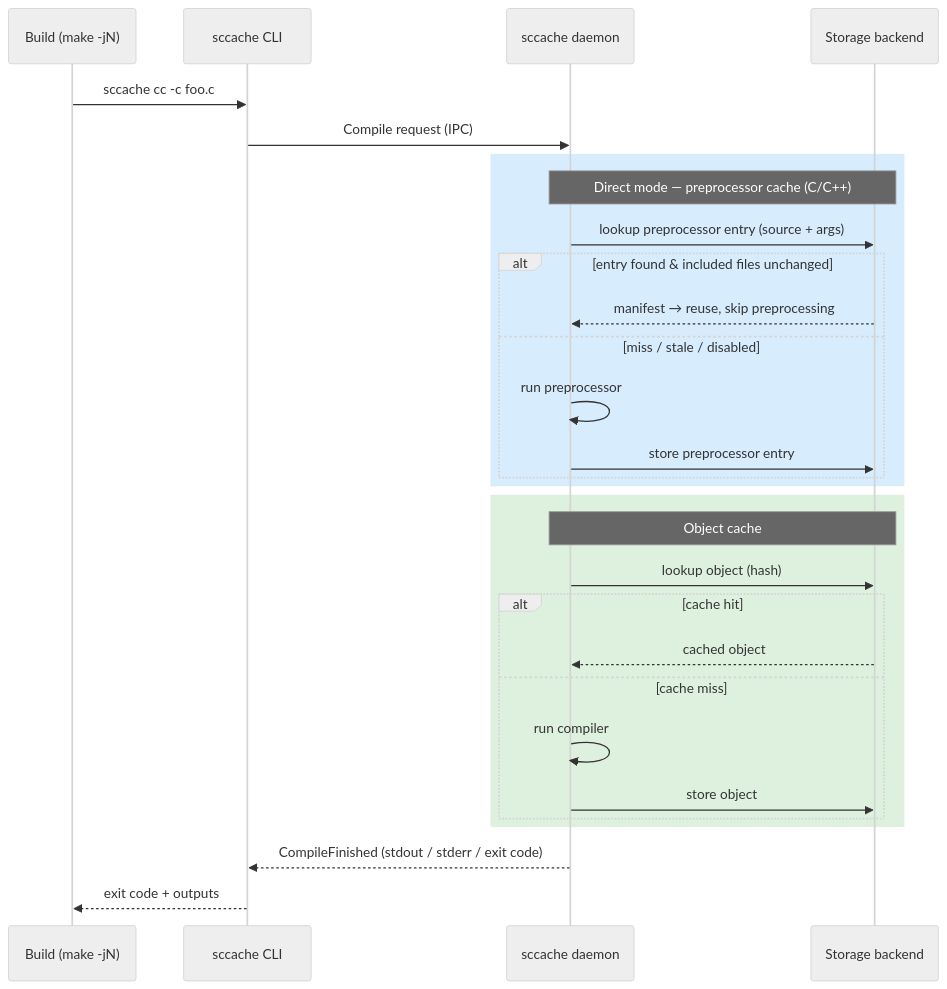
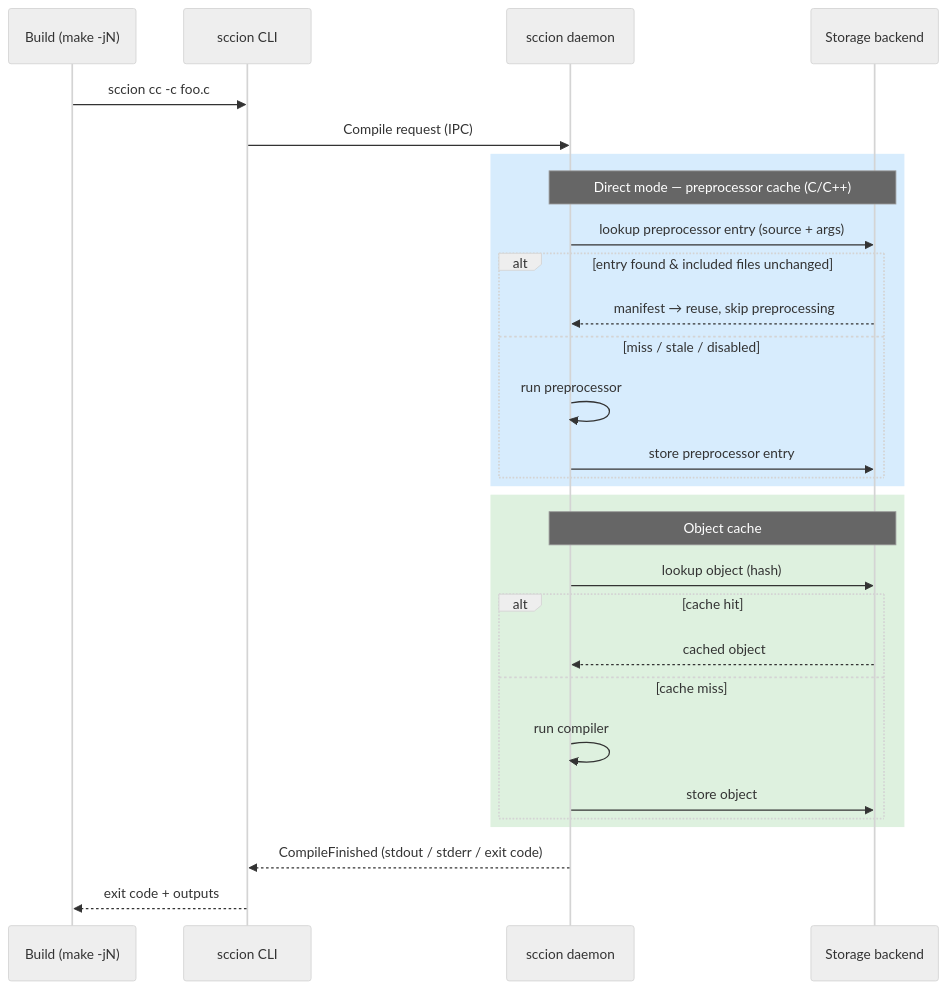
Before and after one commit to natyamatsya/sccion: the second of 3 diagrams in docs/Architecture.md, drawn with Mermaid (neutral theme). The commit also changed other lines of this file and 85 other files, not shown here.

````diff
--- a/docs/Architecture.md
+++ b/docs/Architecture.md
@@ -71,31 +71,31 @@
 ```mermaid
   sequenceDiagram
       participant B as Build (make -jN)
-      participant C as sccache CLI
-      participant D as sccache daemon
+      participant C as sccion CLI
+      participant D as sccion daemon
       participant S as Storage backend
-      B->>C: sccache cc -c foo.c
+      B->>C: sccion cc -c foo.c
       C->>D: Compile request (IPC)
       rect rgba(33, 150, 243, 0.18)
           note over D,S: Direct mode — preprocessor cache (C/C++)
           D->>S: lookup preprocessor entry (source + args)
           alt entry found & included files unchanged
               S-->>D: manifest → reuse, skip preprocessing
           else miss / stale / disabled
               D->>D: run preprocessor
               D->>S: store preprocessor entry
           end
       end
       rect rgba(76, 175, 80, 0.18)
           note over D,S: Object cache
           D->>S: lookup object (hash)
           alt cache hit
               S-->>D: cached object
           else cache miss
               D->>D: run compiler
               D->>S: store object
           end
       end
       D-->>C: CompileFinished (stdout / stderr / exit code)
       C-->>B: exit code + outputs
 ```
````
